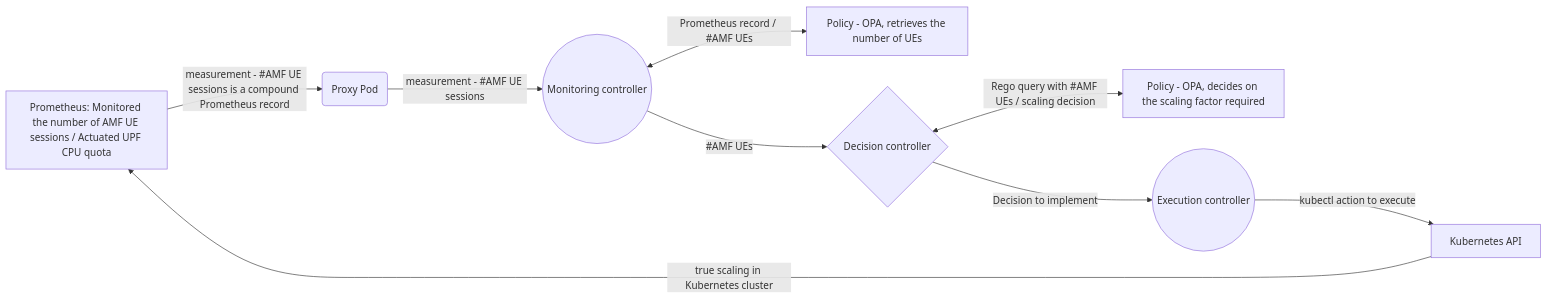
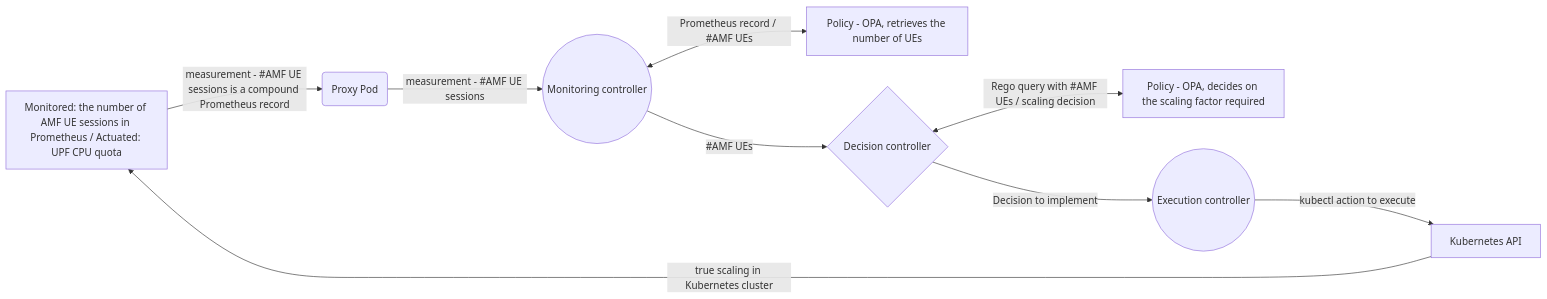
Before and after one commit to dbursztynowski/cl_demo: the diagram in README2.md, drawn with Mermaid.

````diff
--- a/README2.md
+++ b/README2.md
@@ -29,11 +29,11 @@
 ```mermaid
 flowchart LR
-M[Prometheus: Monitored the number of AMF UE sessions / Actuated UPF CPU quota] -->|measurement - #AMF UE sessions is a compound Prometheus record| X(Proxy Pod)
+M[Monitored: the number of AMF UE sessions in Prometheus / Actuated: UPF CPU quota] -->|measurement - #AMF UE sessions is a compound Prometheus record| X(Proxy Pod)
 X -->|measurement - #AMF UE sessions| A((Monitoring controller))
 A <-->|Prometheus record / #AMF UEs| P[Policy - OPA, retrieves the number of UEs]
 A -->|#AMF UEs| B{Decision controller}
 B <-->|Rego query with #AMF UEs / scaling decision| C[Policy - OPA, decides on the scaling factor required]
 B -->|Decision to implement| D((Execution controller))
 D -->|kubectl action to execute| K[Kubernetes API]
 K -->|true scaling in Kubernetes cluster| M
 ```
````
